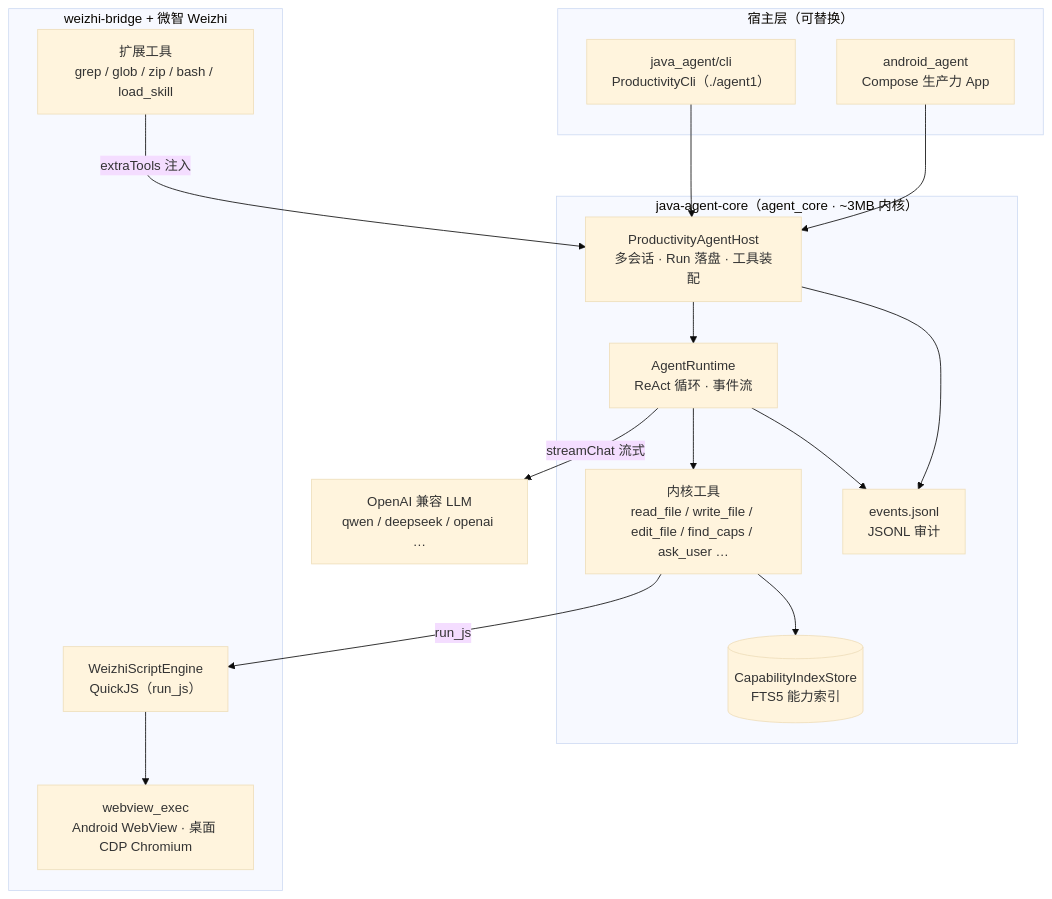
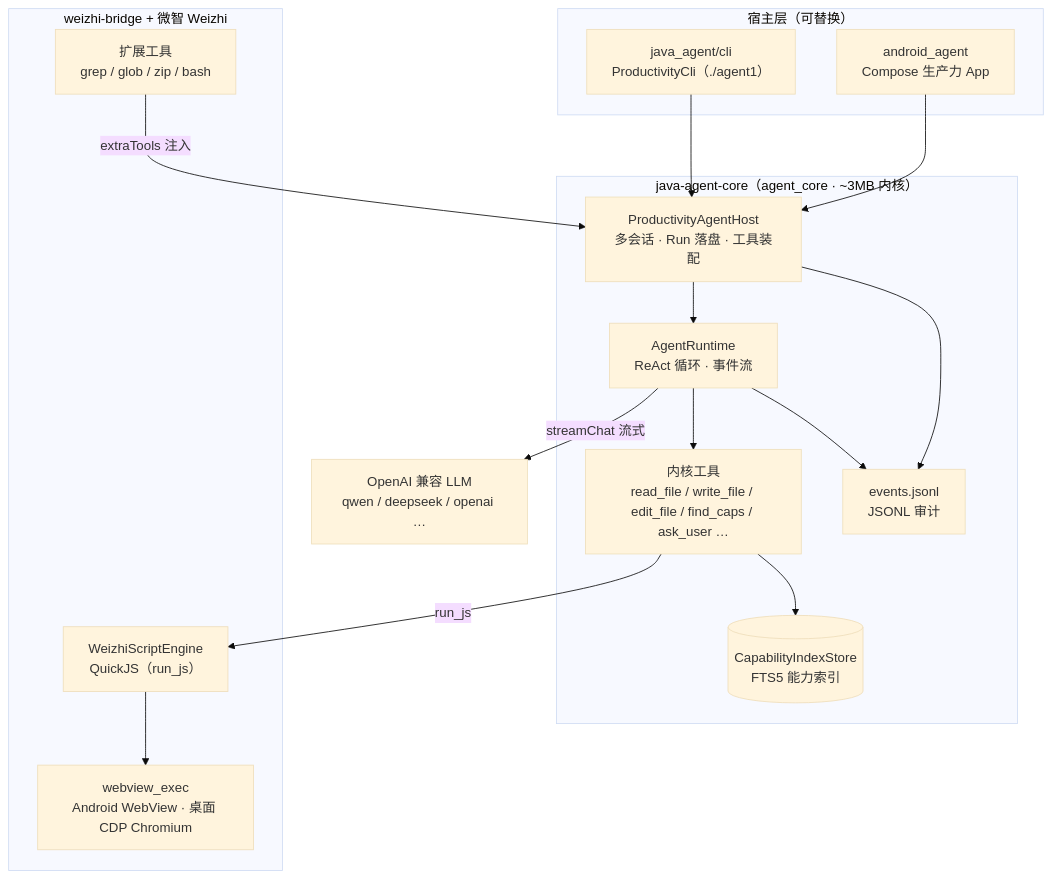
One commit to fengshihao/agent1 changed the first of 7 diagrams in doc/架构教程.md. Above: the diagram before and after it, drawn with Mermaid (base theme). The commit also changed other lines of this file and 14 other files, not shown here.

First line of the commit message:
feat(skill): load_skill 合并 load_skill_through_path，统一优先级表

````diff
--- a/doc/架构教程.md
+++ b/doc/架构教程.md
@@ -27,35 +27,35 @@
 ```mermaid
 flowchart TB
     subgraph hosts["宿主层（可替换）"]
         ANDROID["android_agent<br/>Compose 生产力 App"]
         CLI["java_agent/cli<br/>ProductivityCli（./agent1）"]
     end
 
     subgraph core["java-agent-core（agent_core · ~3MB 内核）"]
         HOST["ProductivityAgentHost<br/>多会话 · Run 落盘 · 工具装配"]
         RT["AgentRuntime<br/>ReAct 循环 · 事件流"]
         TOOLS["内核工具<br/>read_file / write_file / edit_file / find_caps / ask_user …"]
         CAPS[("CapabilityIndexStore<br/>FTS5 能力索引")]
         EVT["events.jsonl<br/>JSONL 审计"]
     end
 
     subgraph weizhi["weizhi-bridge + 微智 Weizhi"]
         SE["WeizhiScriptEngine<br/>QuickJS（run_js）"]
-        WT["扩展工具<br/>grep / glob / zip / bash / load_skill"]
+        WT["扩展工具<br/>grep / glob / zip / bash"]
         WV["webview_exec<br/>Android WebView · 桌面 CDP Chromium"]
     end
 
     LLM["OpenAI 兼容 LLM<br/>qwen / deepseek / openai …"]
 
     ANDROID --> HOST
     CLI --> HOST
     HOST --> RT
     RT -->|streamChat 流式| LLM
     RT --> TOOLS
     TOOLS --> CAPS
     HOST --> EVT
     RT --> EVT
     WT -->|extraTools 注入| HOST
     TOOLS -->|run_js| SE
     SE --> WV
 ```
````
